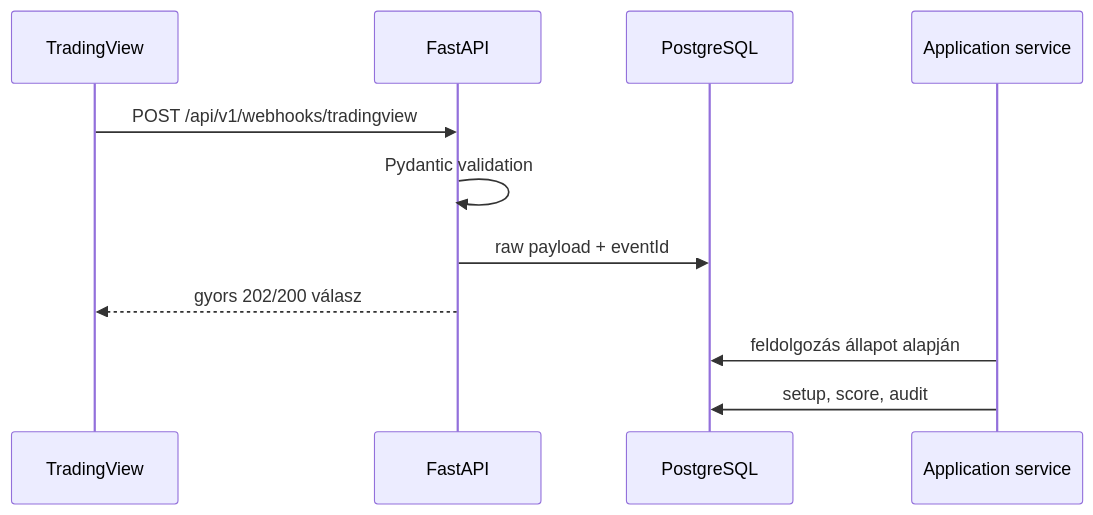
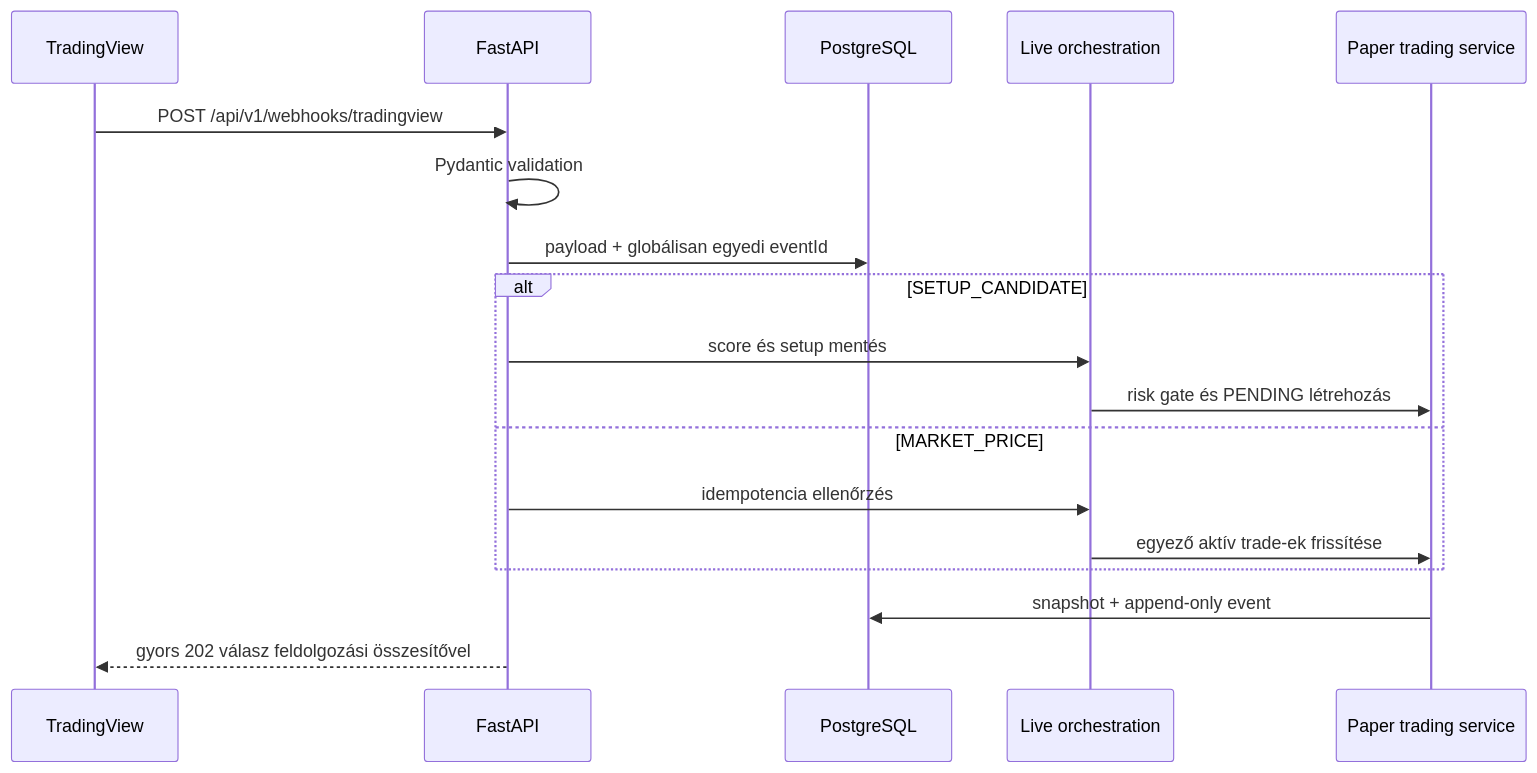
Before and after one commit to varben685/cx2: the diagram in docs/architecture/webhook-flow.md, drawn with Mermaid. The commit also changed other lines of this file and 29 other files, not shown here.

Commit message:
feat(webhooks): automate live paper trade updates

````diff
--- a/docs/architecture/webhook-flow.md
+++ b/docs/architecture/webhook-flow.md
@@ -3,14 +3,21 @@
 ```mermaid
 sequenceDiagram
     participant TV as TradingView
     participant API as FastAPI
     participant DB as PostgreSQL
-    participant Worker as Application service
+    participant Live as Live orchestration
+    participant Paper as Paper trading service
 
     TV->>API: POST /api/v1/webhooks/tradingview
     API->>API: Pydantic validation
-    API->>DB: raw payload + eventId
-    API-->>TV: gyors 202/200 válasz
-    Worker->>DB: feldolgozás állapot alapján
-    Worker->>DB: setup, score, audit
+    API->>DB: payload + globálisan egyedi eventId
+    alt SETUP_CANDIDATE
+        API->>Live: score és setup mentés
+        Live->>Paper: risk gate és PENDING létrehozás
+    else MARKET_PRICE
+        API->>Live: idempotencia ellenőrzés
+        Live->>Paper: egyező aktív trade-ek frissítése
+    end
+    Paper->>DB: snapshot + append-only event
+    API-->>TV: gyors 202 válasz feldolgozási összesítővel
 ```
````
